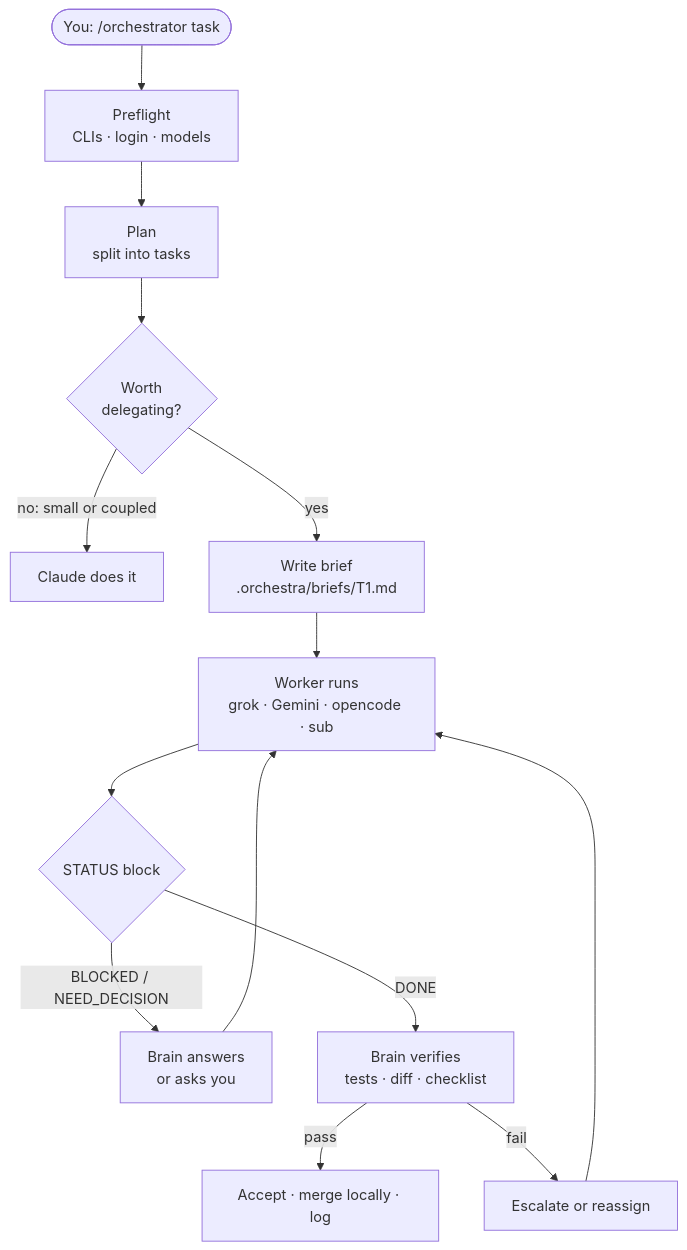
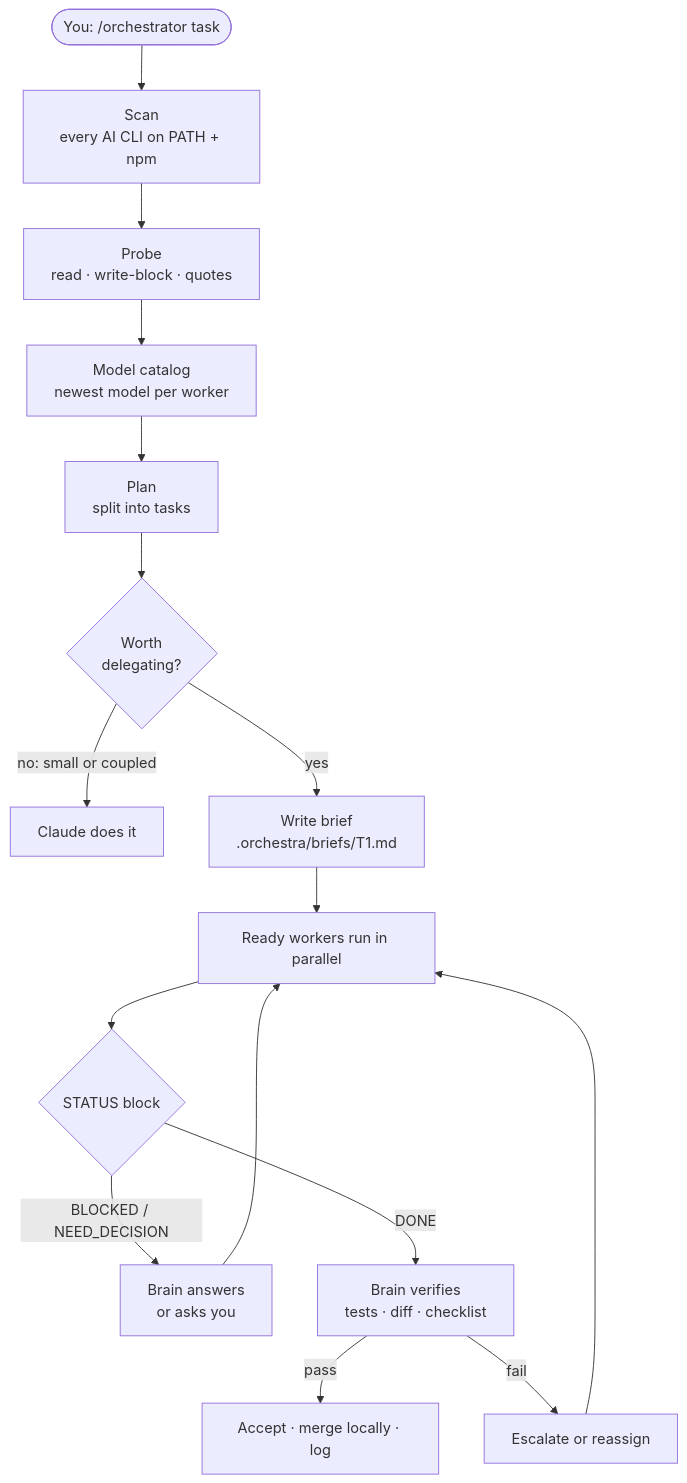
Before and after one commit to yoelkh/orkestraku: the first of 3 diagrams in README.md, drawn with Mermaid. The commit also changed other lines of this file and 9 other files, not shown here.

First line of the commit message:
Discover and probe every AI CLI on the machine

````diff
--- a/README.md
+++ b/README.md
@@ -54,14 +59,16 @@
 ```mermaid
 flowchart TD
-    U(["You: /orchestrator task"]) --> P["Preflight<br/>CLIs · login · models"]
-    P --> PL["Plan<br/>split into tasks"]
+    U(["You: /orchestrator task"]) --> SC["Scan<br/>every AI CLI on PATH + npm"]
+    SC --> PR["Probe<br/>read · write-block · quotes"]
+    PR --> CAT["Model catalog<br/>newest model per worker"]
+    CAT --> PL["Plan<br/>split into tasks"]
     PL --> D{"Worth<br/>delegating?"}
     D -- "no: small or coupled" --> SELF["Claude does it"]
     D -- yes --> B["Write brief<br/>.orchestra/briefs/T1.md"]
-    B --> W["Worker runs<br/>grok · Gemini · opencode · sub"]
+    B --> W["Ready workers run in parallel"]
     W --> S{"STATUS block"}
     S -- "BLOCKED / NEED_DECISION" --> A["Brain answers<br/>or asks you"] --> W
     S -- DONE --> V["Brain verifies<br/>tests · diff · checklist"]
     V -- pass --> M["Accept · merge locally · log"]
     V -- fail --> E["Escalate or reassign"] --> W
 ```
````
